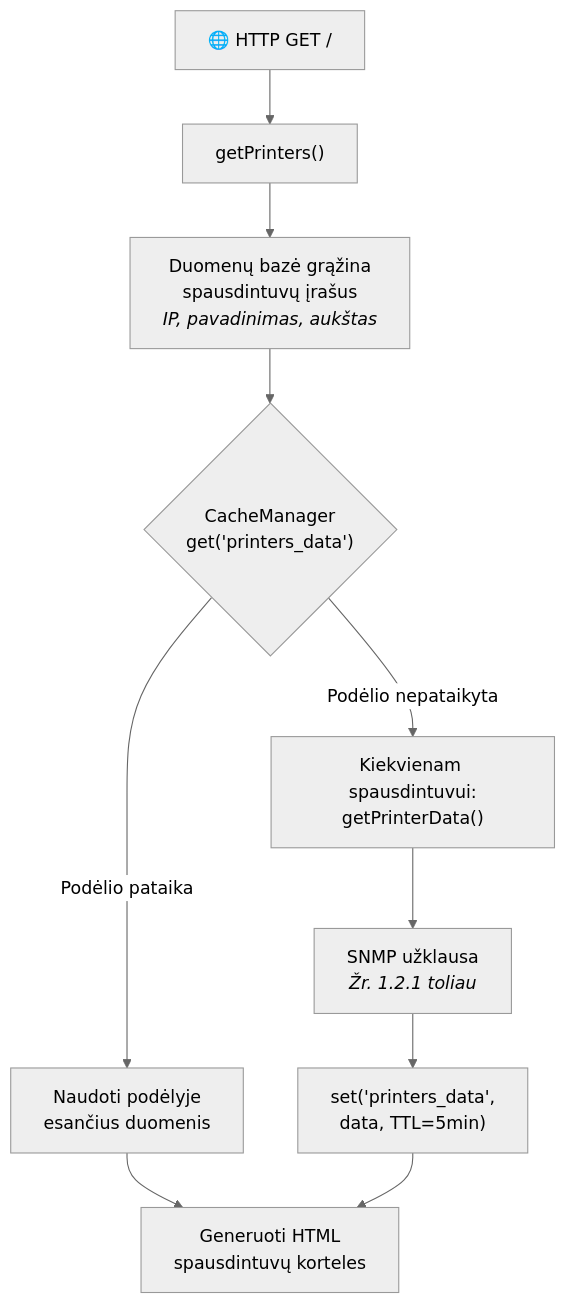
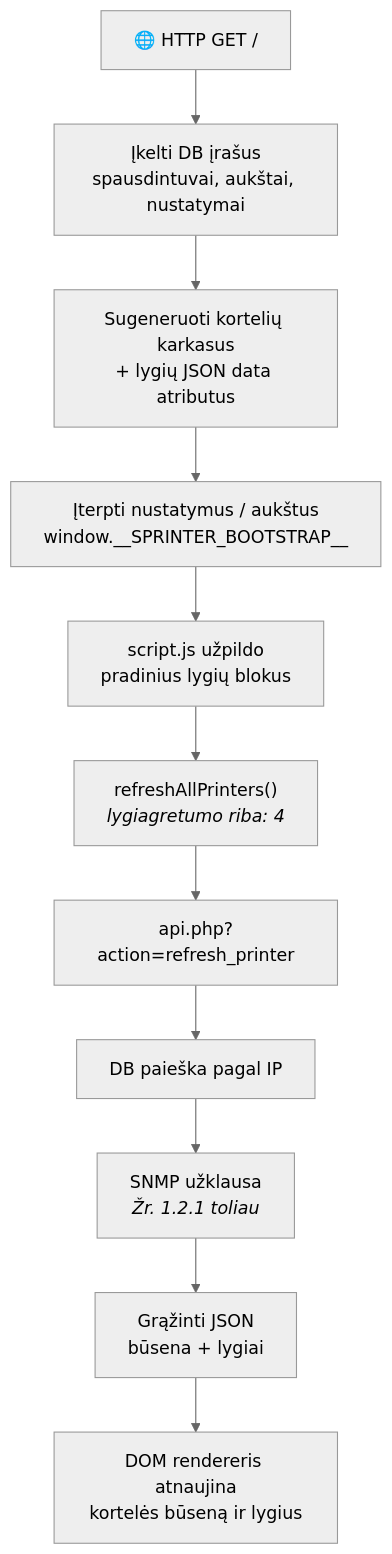
Before and after one commit to Silorak/S-printer: the second of 15 diagrams in architektura.md, drawn with Mermaid (neutral theme). The commit also changed other lines of this file and 13 other files, not shown here.

````diff
--- a/architektura.md
+++ b/architektura.md
@@ -59,15 +59,13 @@
 ```mermaid
 graph TD
-    A["🌐 HTTP GET /"] --> B["getPrinters()"]
-    B --> C["Duomenų bazė grąžina<br/>spausdintuvų įrašus<br/><i>IP, pavadinimas, aukštas</i>"]
-    C --> D{"CacheManager<br/>get('printers_data')"}
-
-    D -->|"Podėlio pataika"| E["Naudoti podėlyje<br/>esančius duomenis"]
-    D -->|"Podėlio nepataikyta"| F["Kiekvienam spausdintuvui:<br/>getPrinterData()"]
-
-    F --> G["SNMP užklausa<br/><i>Žr. 1.2.1 toliau</i>"]
-    G --> H["set('printers_data',<br/>data, TTL=5min)"]
-
-    E --> I["Generuoti HTML<br/>spausdintuvų korteles"]
-    H --> I
+    A["🌐 HTTP GET /"] --> B["Įkelti DB įrašus<br/>spausdintuvai, aukštai, nustatymai"]
+    B --> C["Sugeneruoti kortelių karkasus<br/>+ lygių JSON data atributus"]
+    C --> D["Įterpti nustatymus / aukštus<br/>window.__SPRINTER_BOOTSTRAP__"]
+    D --> E["script.js užpildo<br/>pradinius lygių blokus"]
+    E --> F["refreshAllPrinters()<br/><i>lygiagretumo riba: 4</i>"]
+    F --> G["api.php?action=refresh_printer"]
+    G --> H["DB paieška pagal IP"]
+    H --> I["SNMP užklausa<br/><i>Žr. 1.2.1 toliau</i>"]
+    I --> J["Grąžinti JSON<br/>būsena + lygiai"]
+    J --> K["DOM rendereris atnaujina<br/>kortelės būseną ir lygius"]
 ```
````
